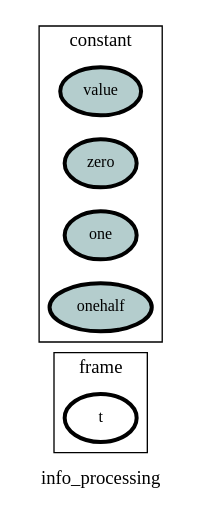
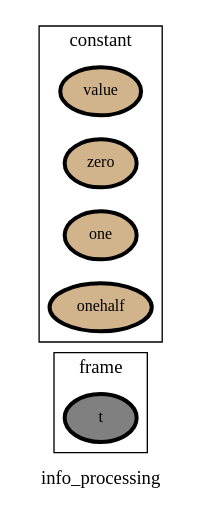
The diagram in ontology_graphs/graph__info_processing.dot (heinz-preisig/processes_distributed_no_interface_eqs), drawn with Graphviz before and after one commit. The commit also changed 47 other files, not shown here.

```diff
--- a/ontology_graphs/graph__info_processing.dot
+++ b/ontology_graphs/graph__info_processing.dot
@@ -1,29 +1,29 @@
 digraph info_processing {
 label=info_processing;
 rankdir=LR;
 subgraph cluster_info_processing___network {
 label=network;
 rankdir=LR;
 }
 
 subgraph cluster_info_processing___frame {
 label=frame;
 rankdir=LR;
-V_5 [fillcolor=white, fontsize=12, label=t, penwidth=3, style=filled];
+V_5 [fillcolor=grey, fontsize=12, label=t, penwidth=3, style=filled];
 }
 
 subgraph cluster_info_processing___state {
 label=state;
 rankdir=LR;
 }
 
 subgraph cluster_info_processing___constant {
 label=constant;
 rankdir=LR;
-V_1 [fillcolor=lightcyan3, fontsize=12, label=value, penwidth=3, style=filled];
-V_2 [fillcolor=lightcyan3, fontsize=12, label=zero, penwidth=3, style=filled];
-V_3 [fillcolor=lightcyan3, fontsize=12, label=one, penwidth=3, style=filled];
-V_4 [fillcolor=lightcyan3, fontsize=12, label=onehalf, penwidth=3, style=filled];
+V_1 [fillcolor=tan, fontsize=12, label=value, penwidth=3, style=filled];
+V_2 [fillcolor=tan, fontsize=12, label=zero, penwidth=3, style=filled];
+V_3 [fillcolor=tan, fontsize=12, label=one, penwidth=3, style=filled];
+V_4 [fillcolor=tan, fontsize=12, label=onehalf, penwidth=3, style=filled];
 }
 
 }
```
